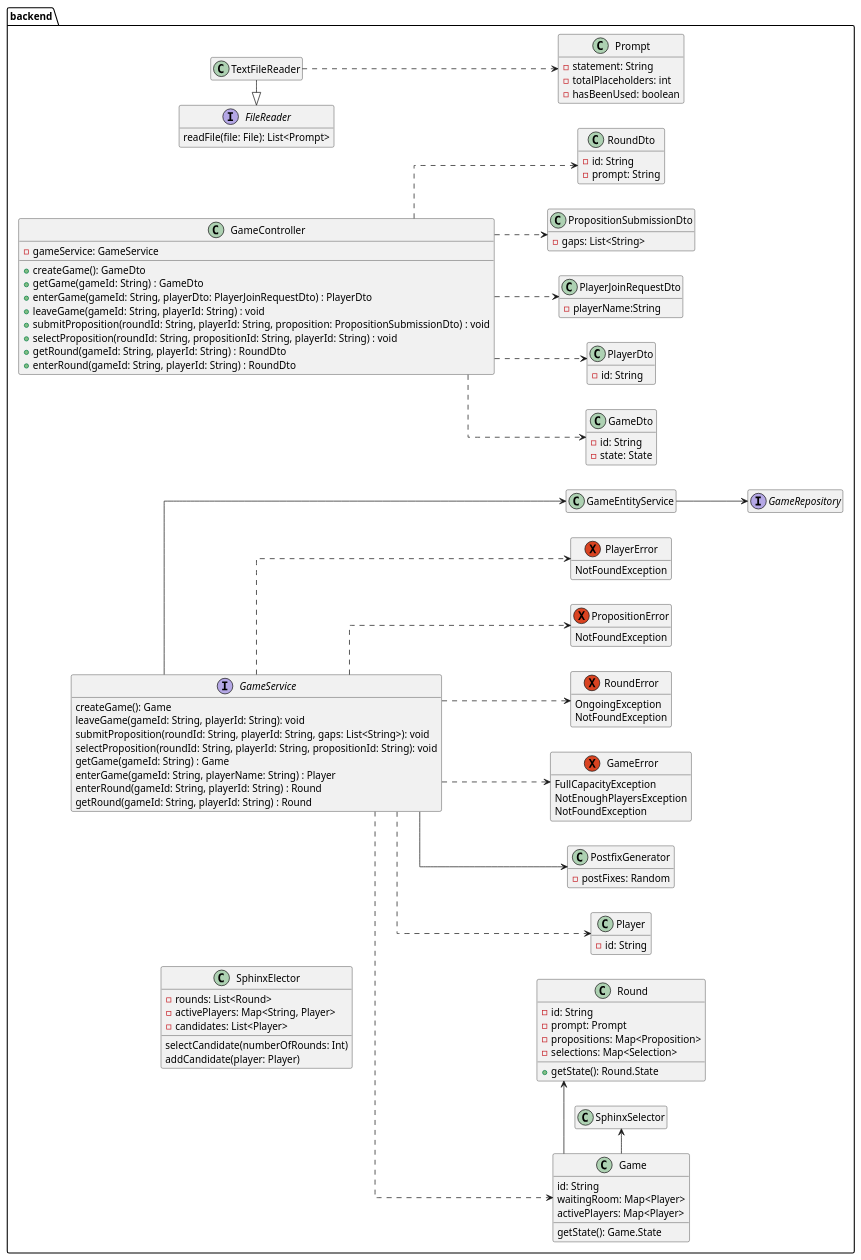
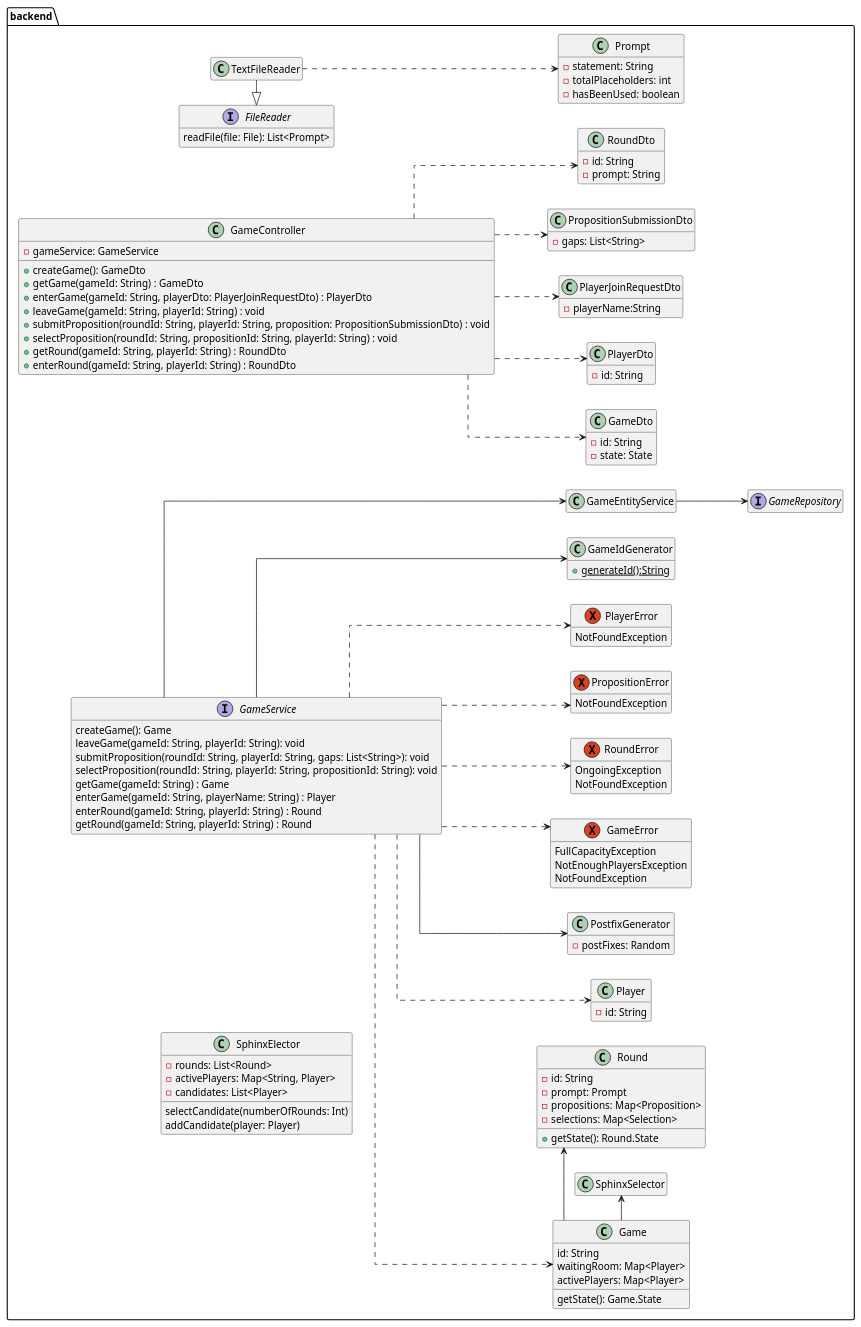
One commit to patrickwinti/worldwidewalter changed the diagram in docs/diagrams/class_diagramm.plantuml. Above: the diagram before and after it, drawn with PlantUML.

Commit message:
[WWW-90] add class diagram

```diff
--- a/docs/diagrams/class_diagramm.plantuml
+++ b/docs/diagrams/class_diagramm.plantuml
@@ -1,122 +1,125 @@
 @startuml
 package backend{
     left to right direction
     skinparam linetype ortho
 
     hide empty members
     class GameController {
         -gameService: GameService
         +createGame(): GameDto
         +getGame(gameId: String) : GameDto
         +enterGame(gameId: String, playerDto: PlayerJoinRequestDto) : PlayerDto
         +leaveGame(gameId: String, playerId: String) : void
         +submitProposition(roundId: String, playerId: String, proposition: PropositionSubmissionDto) : void
         +selectProposition(roundId: String, propositionId: String, playerId: String) : void
         +getRound(gameId: String, playerId: String) : RoundDto
         +enterRound(gameId: String, playerId: String) : RoundDto
     }
     class GameDto {
         -id: String
         -state: State
     }
     class Game {
         id: String
         waitingRoom: Map<Player>
         activePlayers: Map<Player>
         getState(): Game.State
     }
     class Prompt{
         -statement: String
         -totalPlaceholders: int
         -hasBeenUsed: boolean
     }
 
     interface GameService{
        createGame(): Game
        leaveGame(gameId: String, playerId: String): void
        submitProposition(roundId: String, playerId: String, gaps: List<String>): void
        selectProposition(roundId: String, playerId: String, propositionId: String): void
        getGame(gameId: String) : Game
        enterGame(gameId: String, playerName: String) : Player
        enterRound(gameId: String, playerId: String) : Round
        getRound(gameId: String, playerId: String) : Round
     }
     interface GameRepository
     class PlayerDto {
         -id: String
     }
     class PlayerJoinRequestDto {
         -playerName:String
     }
     class PropositionSubmissionDto {
         -gaps: List<String>
     }
     class RoundDto {
         -id: String
         -prompt: String
     }
     class Player {
         -id: String
     }
     class Round {
         -id: String
         -prompt: Prompt
         -propositions: Map<Proposition>
         -selections: Map<Selection>
         +getState(): Round.State
     }
     class PostfixGenerator {
         -postFixes: Random
     }
     exception GameError {
         FullCapacityException
         NotEnoughPlayersException
         NotFoundException
     }
     exception RoundError {
         OngoingException
         NotFoundException
     }
     exception PropositionError {
         NotFoundException
     }
     exception PlayerError {
         NotFoundException
     }
 
     interface FileReader{
         readFile(file: File): List<Prompt>
     }
 
     class TextFileReader
     class SphinxElector {
         -rounds: List<Round>
         -activePlayers: Map<String, Player>
         -candidates: List<Player>
         selectCandidate(numberOfRounds: Int)
         addCandidate(player: Player)
     }
-
+    class GameIdGenerator{
+        +generateId():String{static}
+    }
     GameController..>PlayerDto
     GameController..>PlayerJoinRequestDto
     GameController..>PropositionSubmissionDto
     GameController..>RoundDto
     GameController ..> GameDto
 
     GameService ..> Game
     GameService ..> Player
     GameService ..> GameError
     GameService ..> RoundError
     GameService ..> PlayerError
     GameService ..> PropositionError
     GameService --> GameEntityService
     GameService --> PostfixGenerator
+    GameService --> GameIdGenerator
 
     GameEntityService --> GameRepository
 
     TextFileReader ..> Prompt
     FileReader<|-TextFileReader
 
     Game -> Round
     Game -> SphinxSelector
 @enduml
```
